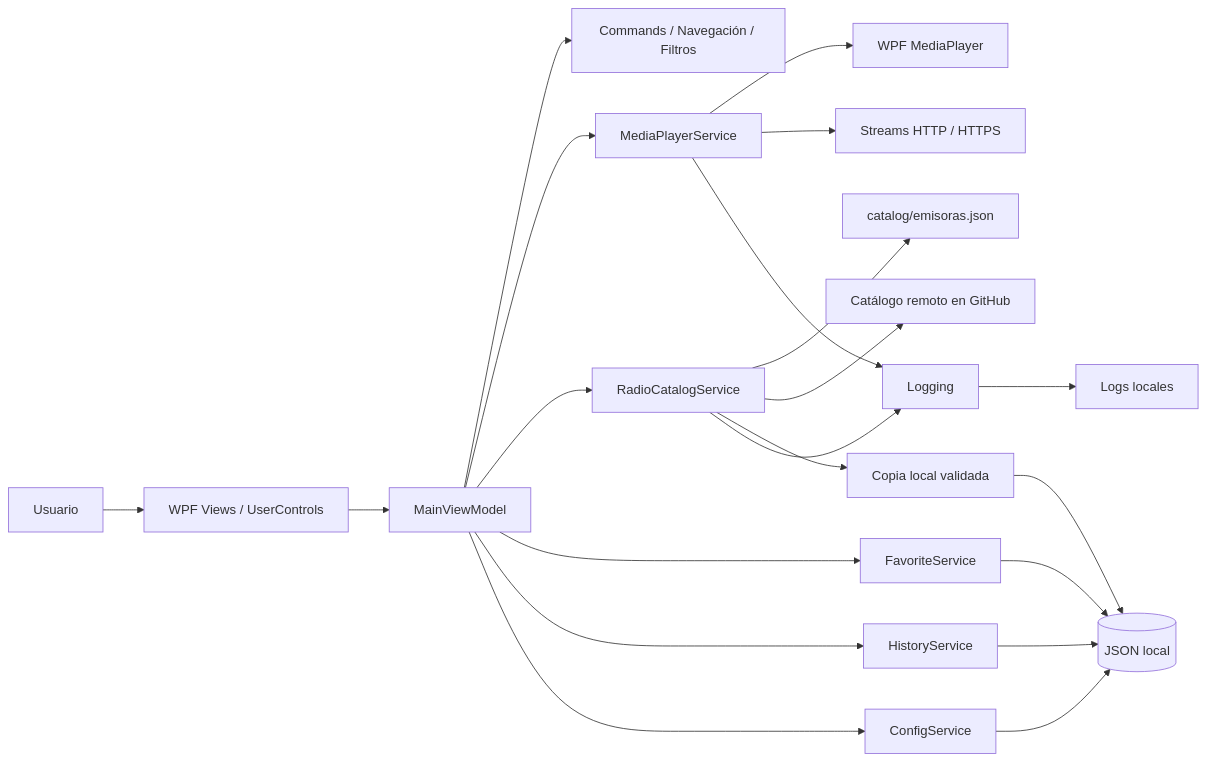
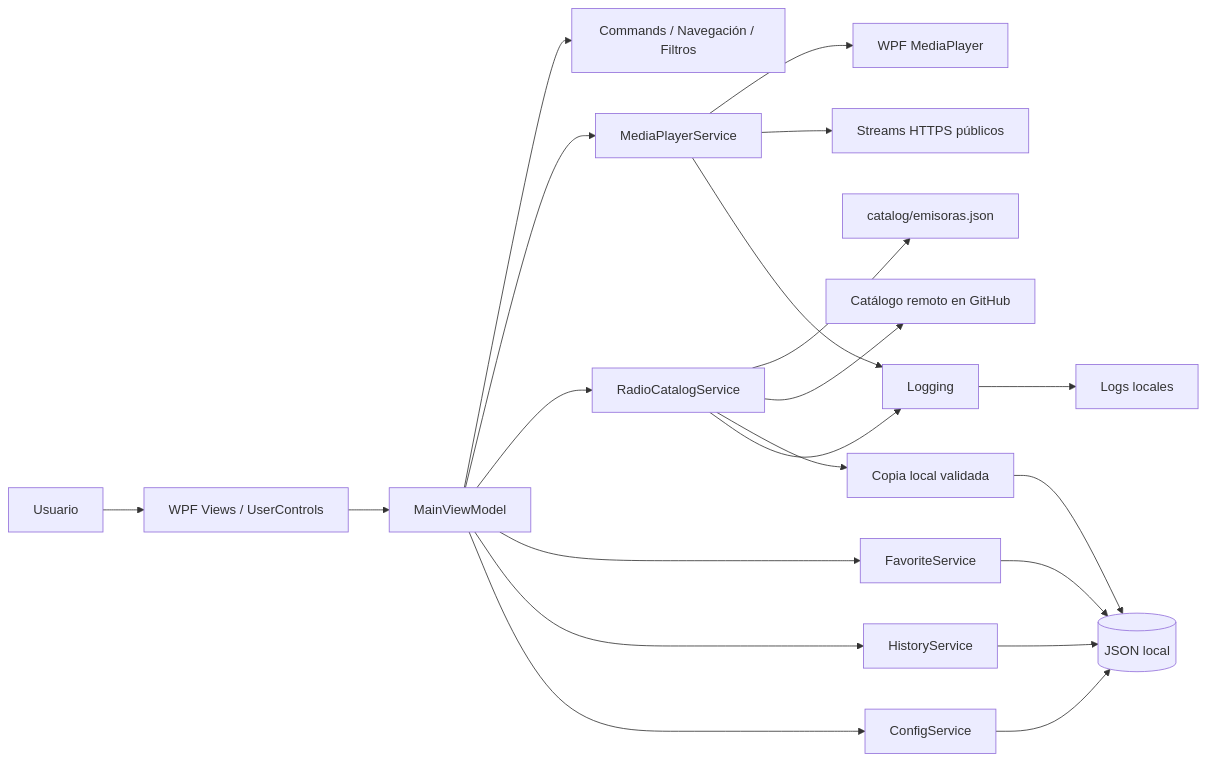
One commit to Jairo0811/RadioEmisora changed the first of 6 diagrams in docs/ARCHITECTURE.md. Above: the diagram before and after it, drawn with Mermaid. The commit also changed 15 other files, not shown here.

````diff
--- a/docs/ARCHITECTURE.md
+++ b/docs/ARCHITECTURE.md
@@ -7,28 +7,28 @@
 ```mermaid
 flowchart LR
     User["Usuario"] --> Views["WPF Views / UserControls"]
     Views --> VM["MainViewModel"]
 
     VM --> Commands["Commands / Navegación / Filtros"]
     VM --> Player["MediaPlayerService"]
     VM --> Catalog["RadioCatalogService"]
     VM --> Favorites["FavoriteService"]
     VM --> History["HistoryService"]
     VM --> Config["ConfigService"]
 
     Player --> Media["WPF MediaPlayer"]
-    Player --> Streams["Streams HTTP / HTTPS"]
+    Player --> Streams["Streams HTTPS públicos"]
 
     Catalog --> Bundled["catalog/emisoras.json"]
     Catalog --> Remote["Catálogo remoto en GitHub"]
     Catalog --> LocalCatalog["Copia local validada"]
 
     Favorites --> JSON[("JSON local")]
     History --> JSON
     Config --> JSON
     LocalCatalog --> JSON
 
     Logs["Logging"] --> Files["Logs locales"]
     Player --> Logs
     Catalog --> Logs
 ```
````
